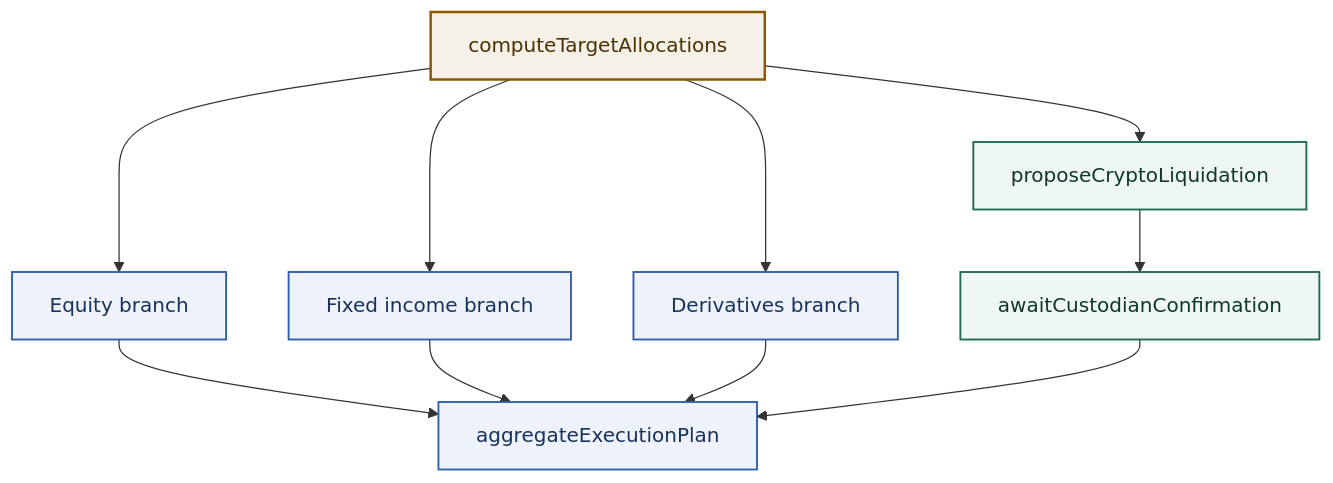
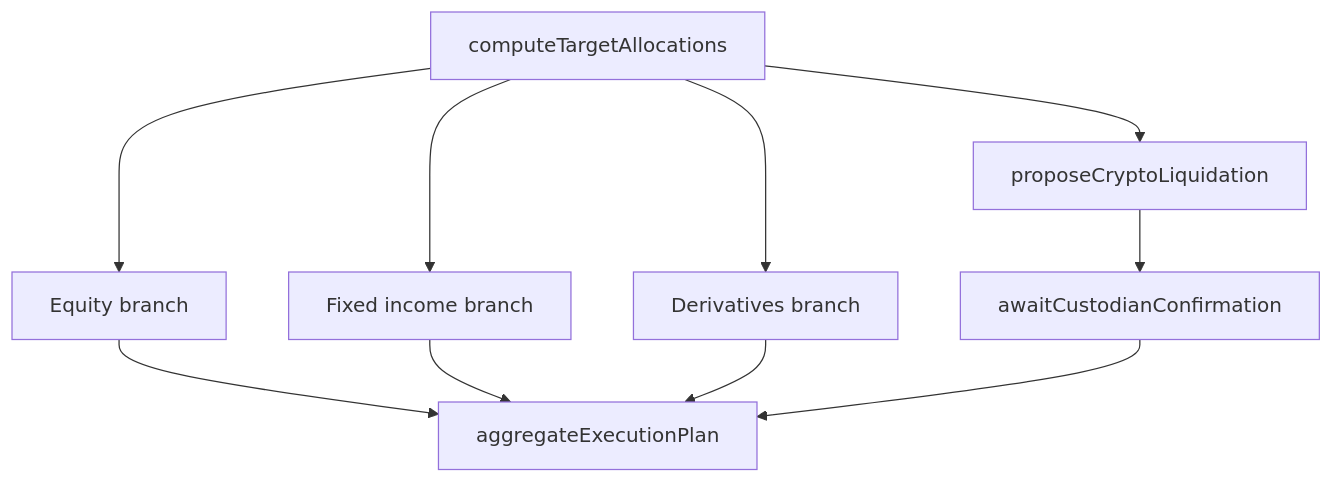
Before and after one commit to Digimuoto/cortex: the diagram in docs/Publications/Paper-3-graph-substitution-semantics/Figures/substitution-example-after.mmd, drawn with Mermaid. The commit also changed 151 other files, not shown here.

```diff
--- a/docs/Publications/Paper-3-graph-substitution-semantics/Figures/substitution-example-after.mmd
+++ b/docs/Publications/Paper-3-graph-substitution-semantics/Figures/substitution-example-after.mmd
@@ -1,18 +1,10 @@
 flowchart TD
     C["computeTargetAllocations"] --> EQ["Equity branch"]
     C --> FI["Fixed income branch"]
     C --> DER["Derivatives branch"]
     C --> CR1["proposeCryptoLiquidation"]
     CR1 --> CR2["awaitCustodianConfirmation"]
     EQ --> A["aggregateExecutionPlan"]
     FI --> A
     DER --> A
     CR2 --> A
-
-    classDef anchor fill:#f6f1e8,stroke:#8a5a00,color:#4b3200,stroke-width:2px;
-    classDef branch fill:#eef2fb,stroke:#315ea8,color:#19325a,stroke-width:1.5px;
-    classDef inserted fill:#eef7f2,stroke:#1f6b4f,color:#103827,stroke-width:1.5px;
-
-    class C anchor;
-    class EQ,FI,DER,A branch;
-    class CR1,CR2 inserted;
```
